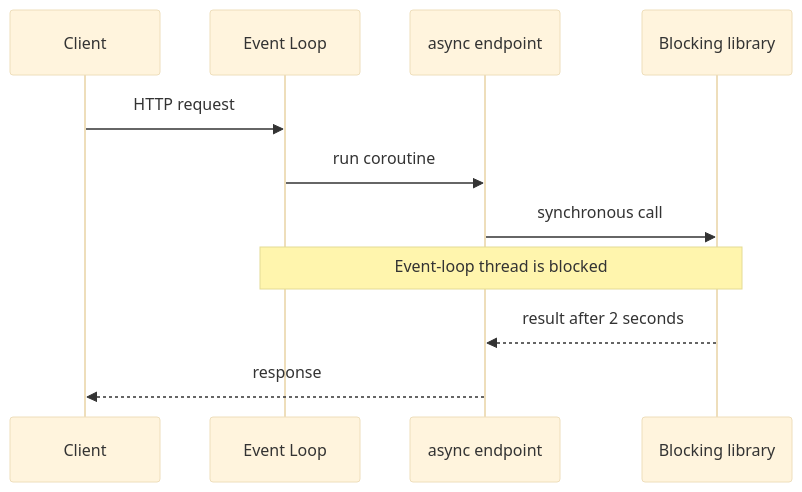
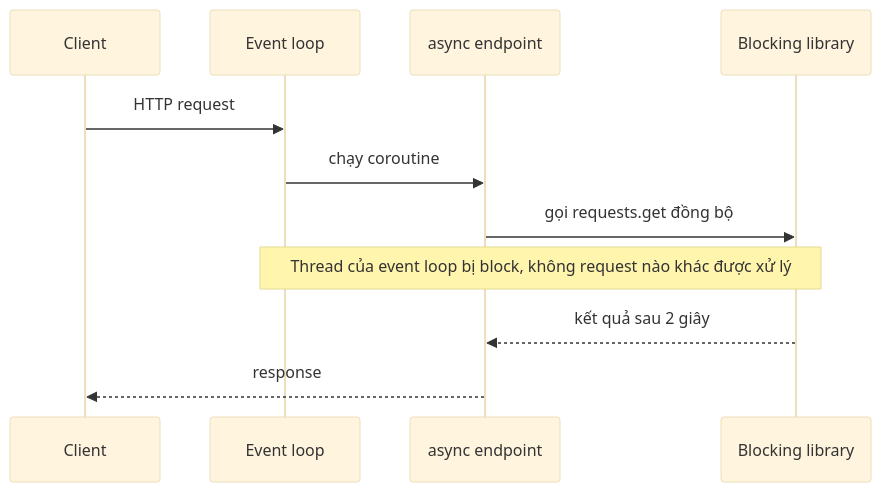
Before and after one commit to HuyNguyen-FinX/Try_Hard: the second of 4 diagrams in python/knowledges/03-fastapi/sync-vs-async-endpoint.md, drawn with Mermaid (base theme). The commit also changed other lines of this file and 139 other files, not shown here.

````diff
--- a/python/knowledges/03-fastapi/sync-vs-async-endpoint.md
+++ b/python/knowledges/03-fastapi/sync-vs-async-endpoint.md
@@ -160,13 +73,13 @@
 ```mermaid
 sequenceDiagram
     participant C as Client
-    participant L as Event Loop
+    participant L as Event loop
     participant E as async endpoint
     participant B as Blocking library
     C->>L: HTTP request
-    L->>E: run coroutine
-    E->>B: synchronous call
-    Note over L,B: Event-loop thread is blocked
-    B-->>E: result after 2 seconds
+    L->>E: chạy coroutine
+    E->>B: gọi requests.get đồng bộ
+    Note over L,B: Thread của event loop bị block, không request nào khác được xử lý
+    B-->>E: kết quả sau 2 giây
     E-->>C: response
 ```
````
